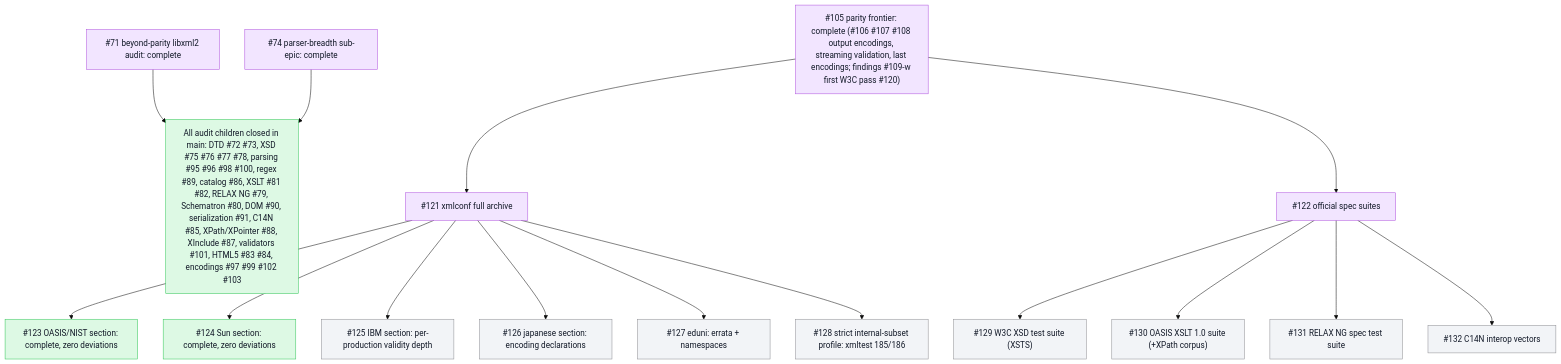
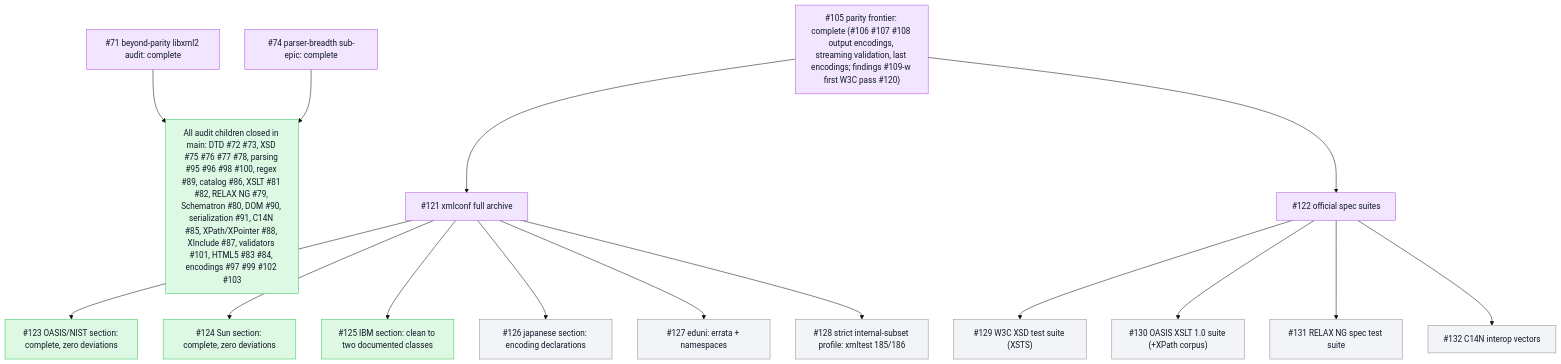
One commit to mihaelamj/PureXML changed the second of 2 diagrams in README.md. Above: the diagram before and after it, drawn with Mermaid (base theme). The commit also changed other lines of this file and 11 other files, not shown here.

First line of the commit message:
feat(parsing): IBM section clean, entity-declared WFC/VC split, declaration recursion

````diff
--- a/README.md
+++ b/README.md
@@ -78,37 +78,37 @@
 ```mermaid
 flowchart TB
   classDef done fill:#ddf9e4,stroke:#34c759,color:#111827
   classDef review fill:#fff7d6,stroke:#ffcc00,color:#111827
   classDef epic fill:#f2e5ff,stroke:#af52de,color:#111827
   classDef todo fill:#f2f4f7,stroke:#8e8e93,color:#111827
   Epic71["#71 beyond-parity libxml2 audit: complete"]:::epic
   Epic74["#74 parser-breadth sub-epic: complete"]:::epic
   Done["All audit children closed in main: DTD #72 #73, XSD #75 #76 #77 #78, parsing #95 #96 #98 #100, regex #89, catalog #86, XSLT #81 #82, RELAX NG #79, Schematron #80, DOM #90, serialization #91, C14N #85, XPath/XPointer #88, XInclude #87, validators #101, HTML5 #83 #84, encodings #97 #99 #102 #103"]:::done
   Epic71 --> Done
   Epic74 --> Done
   Epic105["#105 parity frontier: complete (#106 #107 #108 output encodings, streaming validation, last encodings; findings #109-#119; first W3C pass #120)"]:::epic
   Epic121["#121 xmlconf full archive"]:::epic
   Oasis["#123 OASIS/NIST section: complete, zero deviations"]:::done
   Sun["#124 Sun section: complete, zero deviations"]:::done
-  IBM["#125 IBM section: per-production validity depth"]:::todo
+  IBM["#125 IBM section: clean to two documented classes"]:::done
   Japanese["#126 japanese section: encoding declarations"]:::todo
   Eduni["#127 eduni: errata + namespaces"]:::todo
   StrictSubset["#128 strict internal-subset profile: xmltest 185/186"]:::todo
   Epic122["#122 official spec suites"]:::epic
   XSTS["#129 W3C XSD test suite (XSTS)"]:::todo
   XSLTTS["#130 OASIS XSLT 1.0 suite (+XPath corpus)"]:::todo
   RNGTS["#131 RELAX NG spec test suite"]:::todo
   C14NTS["#132 C14N interop vectors"]:::todo
   Epic105 --> Epic121
   Epic105 --> Epic122
   Epic121 --> Oasis
   Epic121 --> Sun
   Epic121 --> IBM
   Epic121 --> Japanese
   Epic121 --> Eduni
   Epic121 --> StrictSubset
   Epic122 --> XSTS
   Epic122 --> XSLTTS
   Epic122 --> RNGTS
   Epic122 --> C14NTS
 ```
````
